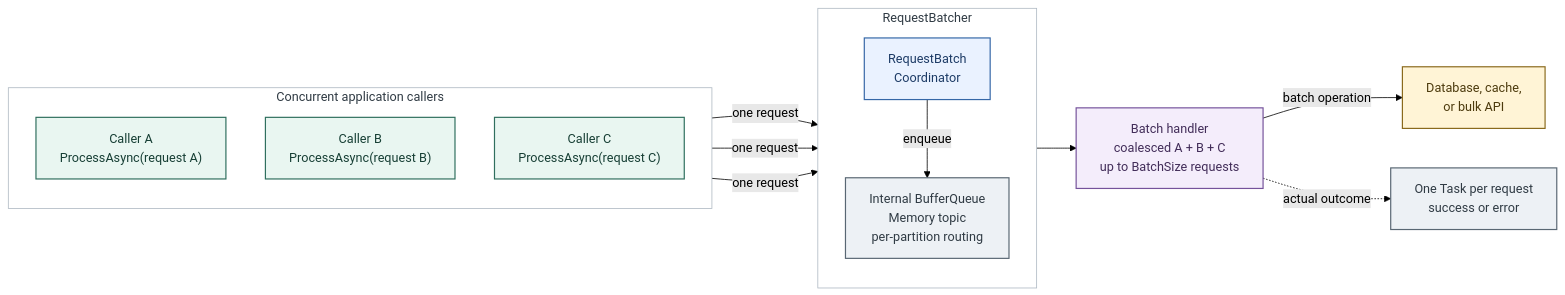
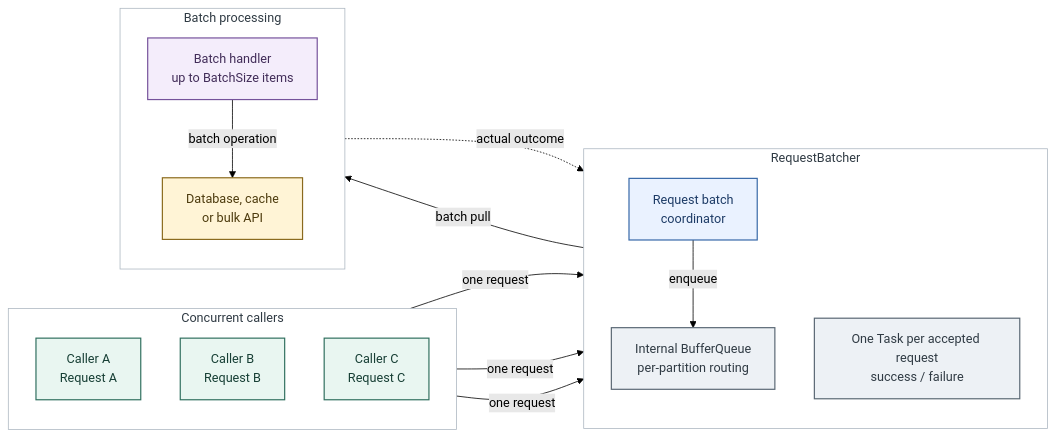
The diagram in docs/assets/request-batcher-architecture.mmd (eventhorizon-cli/RequestBatcher), drawn with Mermaid (forest theme) before and after one commit. The commit also changed 2 other files, not shown here.

Commit message:
docs: update architecture diagram layout

```diff
--- a/docs/assets/request-batcher-architecture.mmd
+++ b/docs/assets/request-batcher-architecture.mmd
@@ -1,40 +1,43 @@
 flowchart LR
-    subgraph callers["Concurrent application callers"]
+    subgraph callers["Concurrent callers"]
         direction TB
-        callerA["Caller A<br/>ProcessAsync(request A)"]
-        callerB["Caller B<br/>ProcessAsync(request B)"]
-        callerC["Caller C<br/>ProcessAsync(request C)"]
+        callerA["Caller A<br/>Request A"]
+        callerB["Caller B<br/>Request B"]
+        callerC["Caller C<br/>Request C"]
     end
 
     subgraph requestBatcher["RequestBatcher"]
         direction TB
-        coordinator["RequestBatch<br/>Coordinator"]
-        queue["Internal BufferQueue<br/>Memory topic<br/>per-partition routing"]
-
-        coordinator -->|"enqueue"| queue
+        coordinator["Request batch<br/>coordinator"]
+        queue["Internal BufferQueue<br/>per-partition routing"]
+        completion["One Task per accepted request<br/>success / failure"]
+        coordinator -->|enqueue| queue
     end
 
-    handler["Batch handler<br/>coalesced A + B + C<br/>up to BatchSize requests"]
-    downstream["Database, cache,<br/>or bulk API"]
-    outcome["One Task per request<br/>success or error"]
+    subgraph processing["Batch processing"]
+        direction TB
+        handler["Batch handler<br/>up to BatchSize items"]
+        downstream["Database, cache<br/>or bulk API"]
+        handler -->|batch operation| downstream
+    end
 
-    callerA -->|"one request"| coordinator
-    callerB -->|"one request"| coordinator
-    callerC -->|"one request"| coordinator
-    queue --> handler
-    handler -->|"batch operation"| downstream
-    handler -.->|"actual outcome"| outcome
+    callerA -->|one request| coordinator
+    callerB -->|one request| coordinator
+    callerC -->|one request| coordinator
+    queue -->|batch pull| handler
+    handler -.->|actual outcome| completion
 
     class callerA,callerB,callerC client
     class coordinator gateway
-    class queue,outcome core
+    class queue,completion core
     class handler handler
     class downstream storage
 
     classDef client fill:#e9f6f1,stroke:#2f6f5e,color:#173f35,stroke-width:1.5px
     classDef gateway fill:#eaf2ff,stroke:#3567a7,color:#1d3b66,stroke-width:1.5px
     classDef core fill:#edf1f5,stroke:#596773,color:#303b44,stroke-width:1.5px
     classDef storage fill:#fff4d6,stroke:#8a6a1d,color:#4d3b0e,stroke-width:1.5px
     classDef handler fill:#f4edfb,stroke:#75529b,color:#422d59,stroke-width:1.5px
     style callers fill:#ffffff,stroke:#aeb8c2,color:#303b44,stroke-width:1px
     style requestBatcher fill:#ffffff,stroke:#aeb8c2,color:#303b44,stroke-width:1px
+    style processing fill:#ffffff,stroke:#aeb8c2,color:#303b44,stroke-width:1px
```
